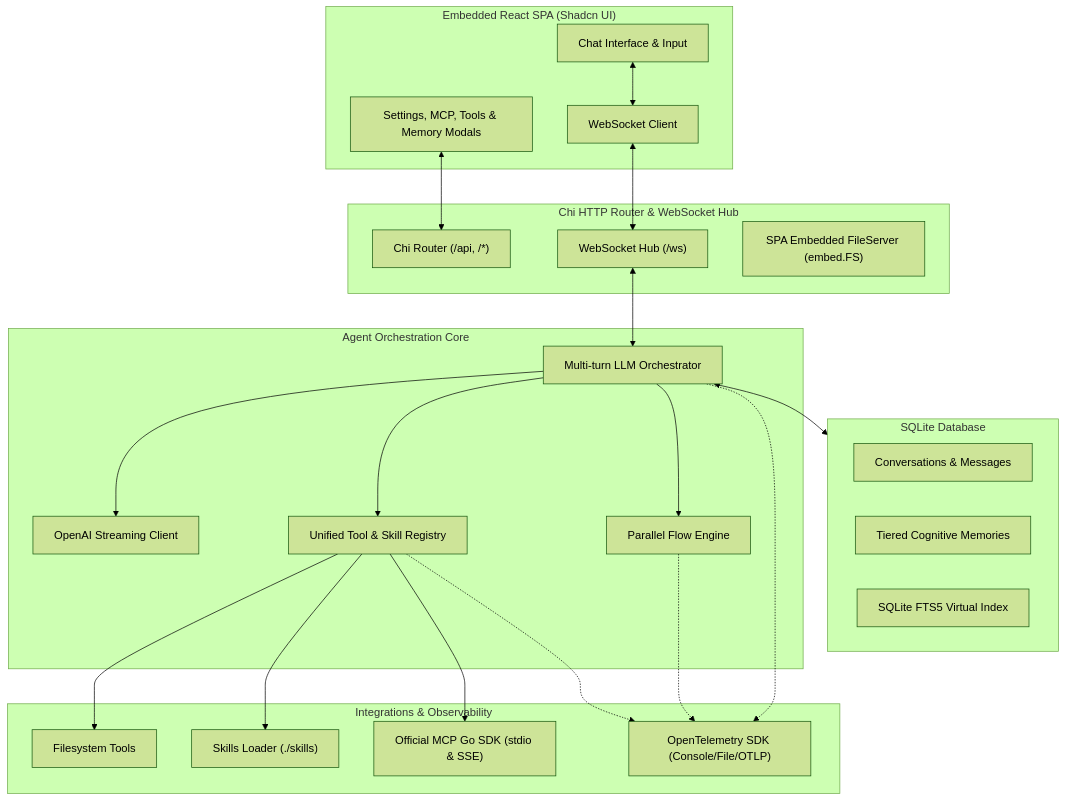
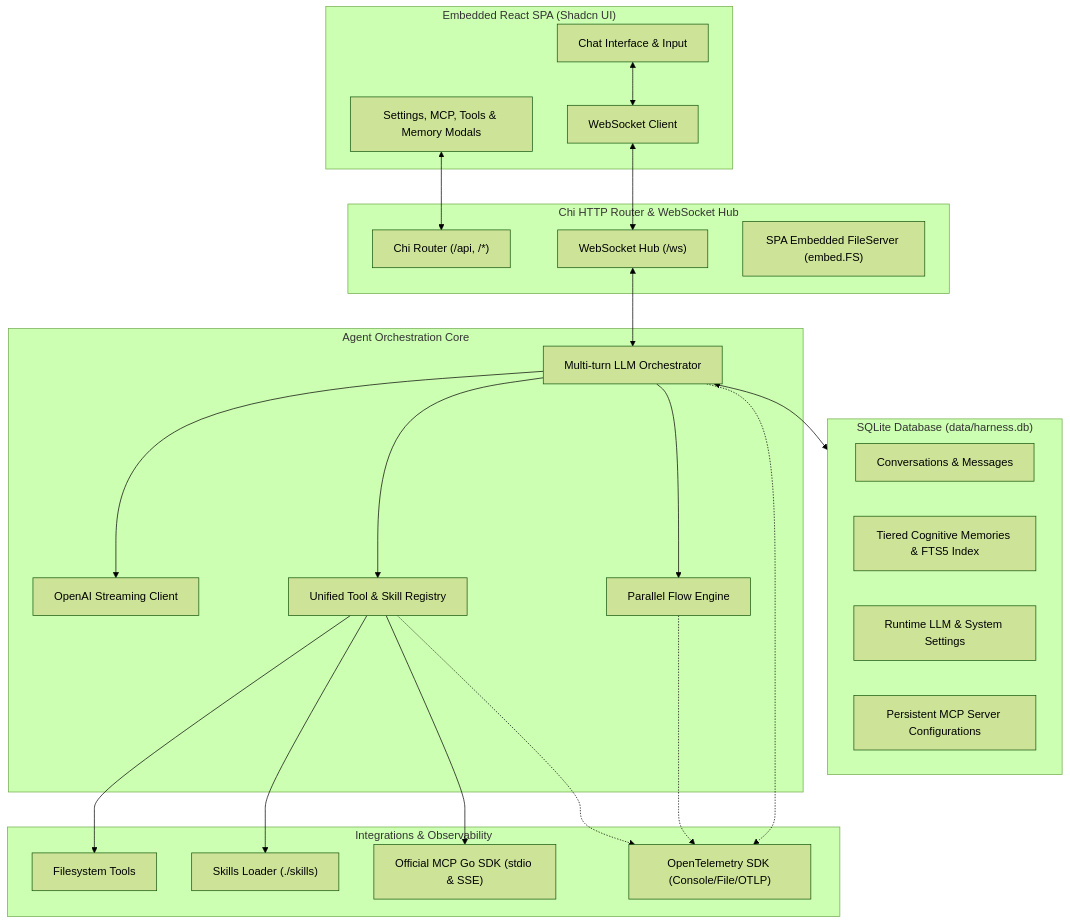
The diagram in README.md (dmaharana/vox2), drawn with Mermaid (forest theme) before and after one commit. The commit also changed 9 other files, not shown here.

First line of the commit message:
feat(db): implement persistence for settings and MCP servers

````diff
--- a/README.md
+++ b/README.md
@@ -92,49 +92,50 @@
 ```mermaid
 flowchart TD
     subgraph Frontend ["Embedded React SPA (Shadcn UI)"]
         UI["Chat Interface & Input"]
         Modals["Settings, MCP, Tools & Memory Modals"]
         WSClient["WebSocket Client"]
     end
 
     subgraph Server ["Chi HTTP Router & WebSocket Hub"]
         ChiRouter["Chi Router (/api, /*)"]
         WSHub["WebSocket Hub (/ws)"]
         SPA["SPA Embedded FileServer (embed.FS)"]
     end
 
     subgraph Core ["Agent Orchestration Core"]
         Orchestrator["Multi-turn LLM Orchestrator"]
         LLMClient["OpenAI Streaming Client"]
         Registry["Unified Tool & Skill Registry"]
         FlowEngine["Parallel Flow Engine"]
     end
 
     subgraph Extensibility ["Integrations & Observability"]
         MCPMgr["Official MCP Go SDK (stdio & SSE)"]
         SkillsLoader["Skills Loader (./skills)"]
         BuiltinTools["Filesystem Tools"]
         OTel["OpenTelemetry SDK (Console/File/OTLP)"]
     end
 
-    subgraph Storage ["SQLite Database"]
+    subgraph Storage ["SQLite Database (data/harness.db)"]
         DBConv["Conversations & Messages"]
-        DBMem["Tiered Cognitive Memories"]
-        FTS5["SQLite FTS5 Virtual Index"]
+        DBMem["Tiered Cognitive Memories & FTS5 Index"]
+        DBSettings["Runtime LLM & System Settings"]
+        DBMCP["Persistent MCP Server Configurations"]
     end
 
     UI <--> WSClient
     Modals <--> ChiRouter
     WSClient <--> WSHub
     WSHub <--> Orchestrator
     Orchestrator --> LLMClient
     Orchestrator --> Registry
     Orchestrator --> FlowEngine
     Orchestrator <--> Storage
     Registry --> BuiltinTools
     Registry --> SkillsLoader
     Registry --> MCPMgr
     Orchestrator -.-> OTel
     Registry -.-> OTel
     FlowEngine -.-> OTel
 ```
````
